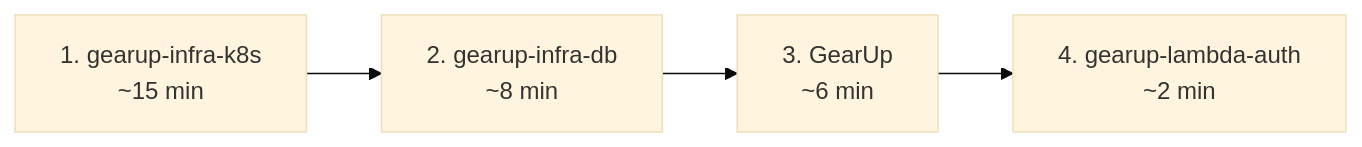
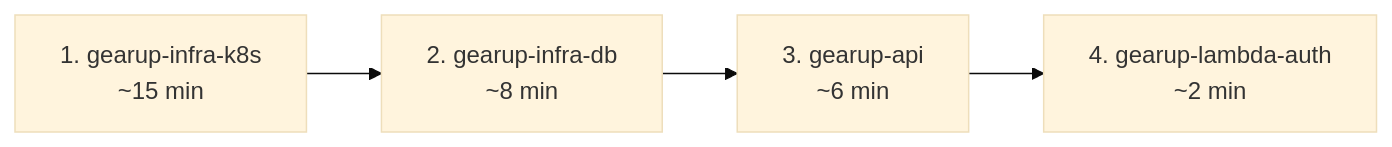
The second of 2 diagrams in docs/fase-3/Arquitetura/Arquitetura da Solucao.md (SOAT-GearUp/GearUp), drawn with Mermaid (base theme) before and after one commit. The commit also changed other lines of this file and 7 other files, not shown here.

Commit message:
Atualiza referências para o repositório gearup-api e remove o roteiro do vídeo do repositório

````diff
--- a/docs/fase-3/Arquitetura/Arquitetura da Solucao.md
+++ b/docs/fase-3/Arquitetura/Arquitetura da Solucao.md
@@ -103,6 +103,6 @@
 ```mermaid
 flowchart LR
     A[1. gearup-infra-k8s<br/>~15 min] --> B[2. gearup-infra-db<br/>~8 min]
-    B --> C[3. GearUp<br/>~6 min]
+    B --> C[3. gearup-api<br/>~6 min]
     C --> D[4. gearup-lambda-auth<br/>~2 min]
 ```
````
